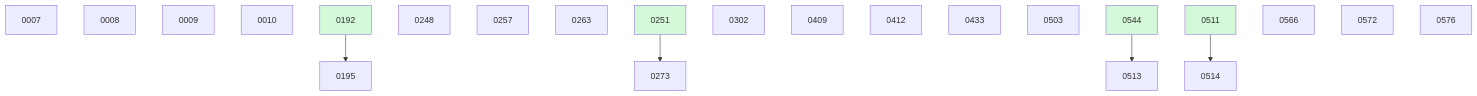
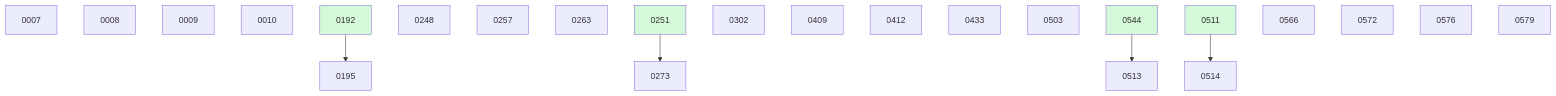
The diagram in docs/changes/BOARD.md (danielhanold/docket), drawn with Mermaid before and after one commit. The commit also changed other lines of this file and 1 other file, not shown here.

````diff
--- a/docs/changes/BOARD.md
+++ b/docs/changes/BOARD.md
@@ -34,27 +35,28 @@
 ```mermaid
 graph TD
   0007
   0008
   0009
   0010
   0192 --> 0195
   0248
   0257
   0263
   0251 --> 0273
   0302
   0409
   0412
   0433
   0503
   0544 --> 0513
   0511 --> 0514
   0566
   0572
   0576
+  0579
   0192:::done
   0251:::done
   0511:::done
   0544:::done
   classDef done fill:#d3f9d8;
 ```
````
